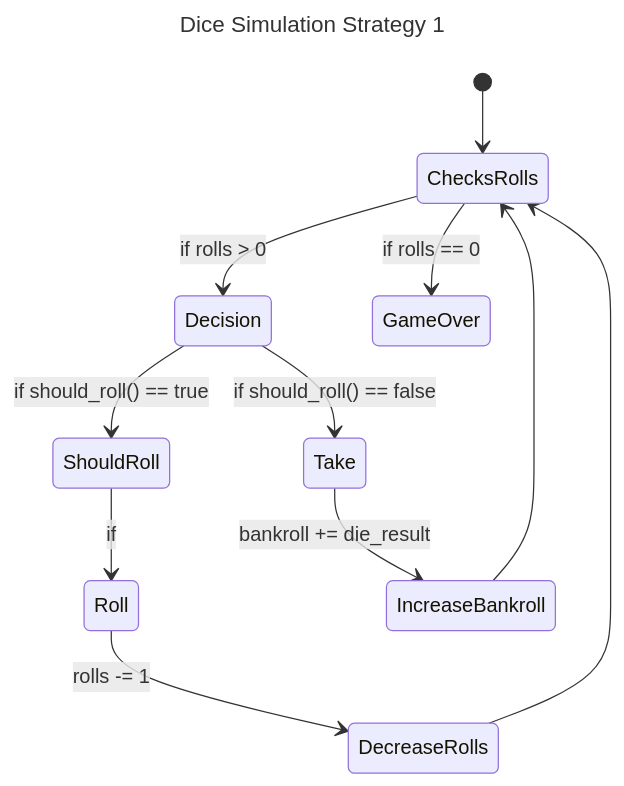
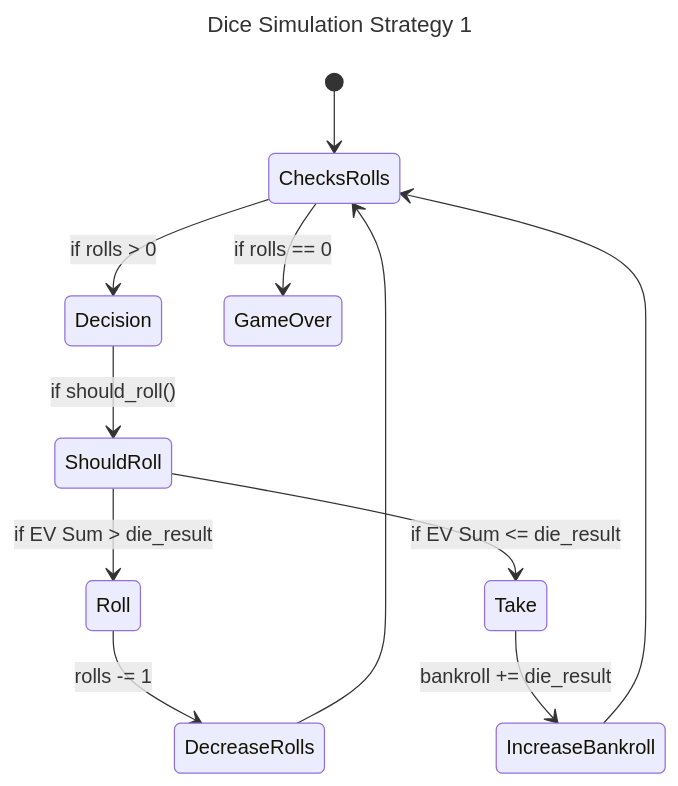
The diagram in mermaid_diagrams/strat_1.mmd (jacksonbrim/fantastic-octo-adventure), drawn with Mermaid before and after one commit. The commit also changed 6 other files, not shown here.

Commit message:
Add mermaid State Flow Diagrams for the Dice Game Strategies

```diff
--- a/mermaid_diagrams/strat_1.mmd
+++ b/mermaid_diagrams/strat_1.mmd
@@ -1,14 +1,14 @@
 ---
 title: Dice Simulation Strategy 1
 ---
 stateDiagram-v2
     [*] --> ChecksRolls
     ChecksRolls --> Decision: if rolls > 0
-    Decision --> ShouldRoll: if should_roll() == true
-    ShouldRoll --> Roll : if 
-    Decision --> Take: if should_roll() == false
+    Decision --> ShouldRoll: if should_roll()
+    ShouldRoll --> Roll : if EV Sum > die_result
+    ShouldRoll --> Take : if EV Sum <= die_result
     Roll --> DecreaseRolls : rolls -= 1
     Take --> IncreaseBankroll : bankroll += die_result
     IncreaseBankroll --> ChecksRolls
     DecreaseRolls --> ChecksRolls
     ChecksRolls --> GameOver: if rolls == 0
```
